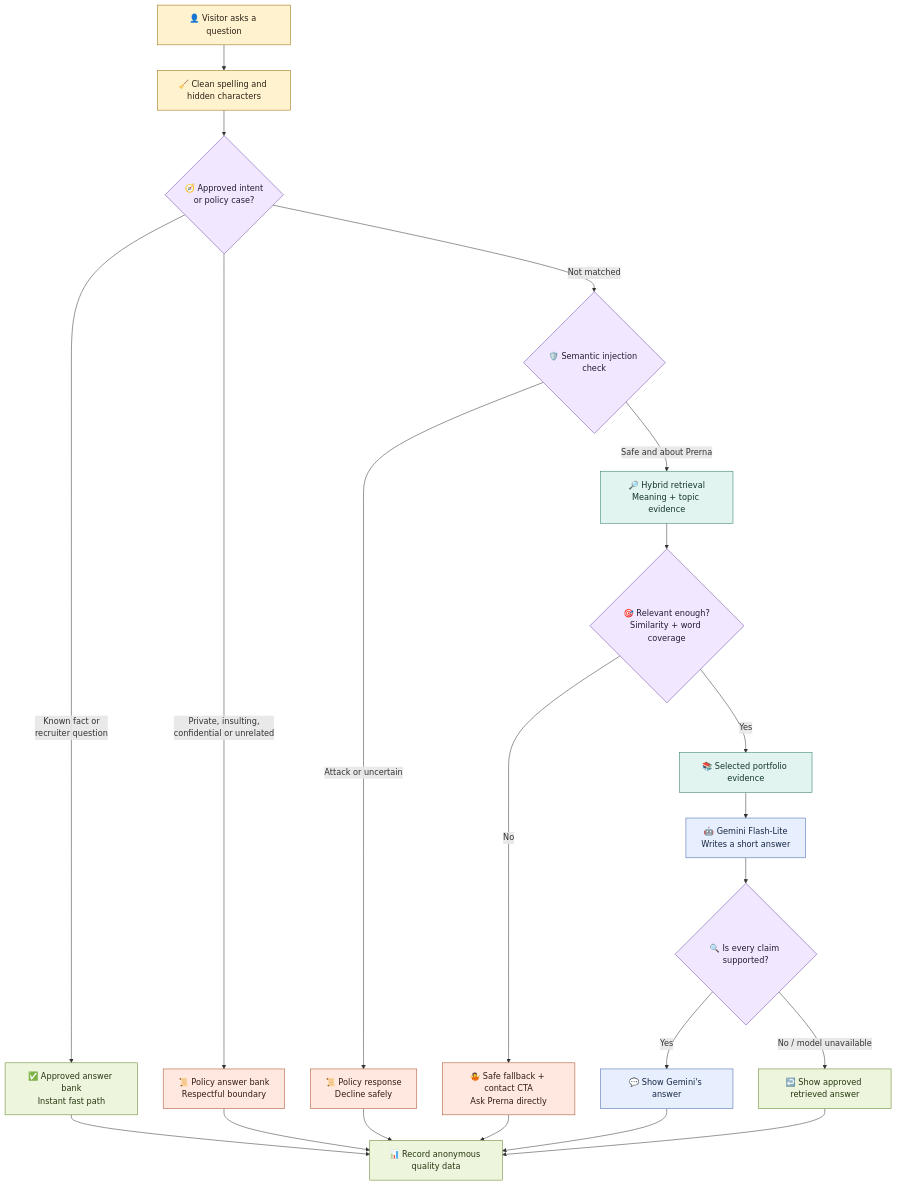
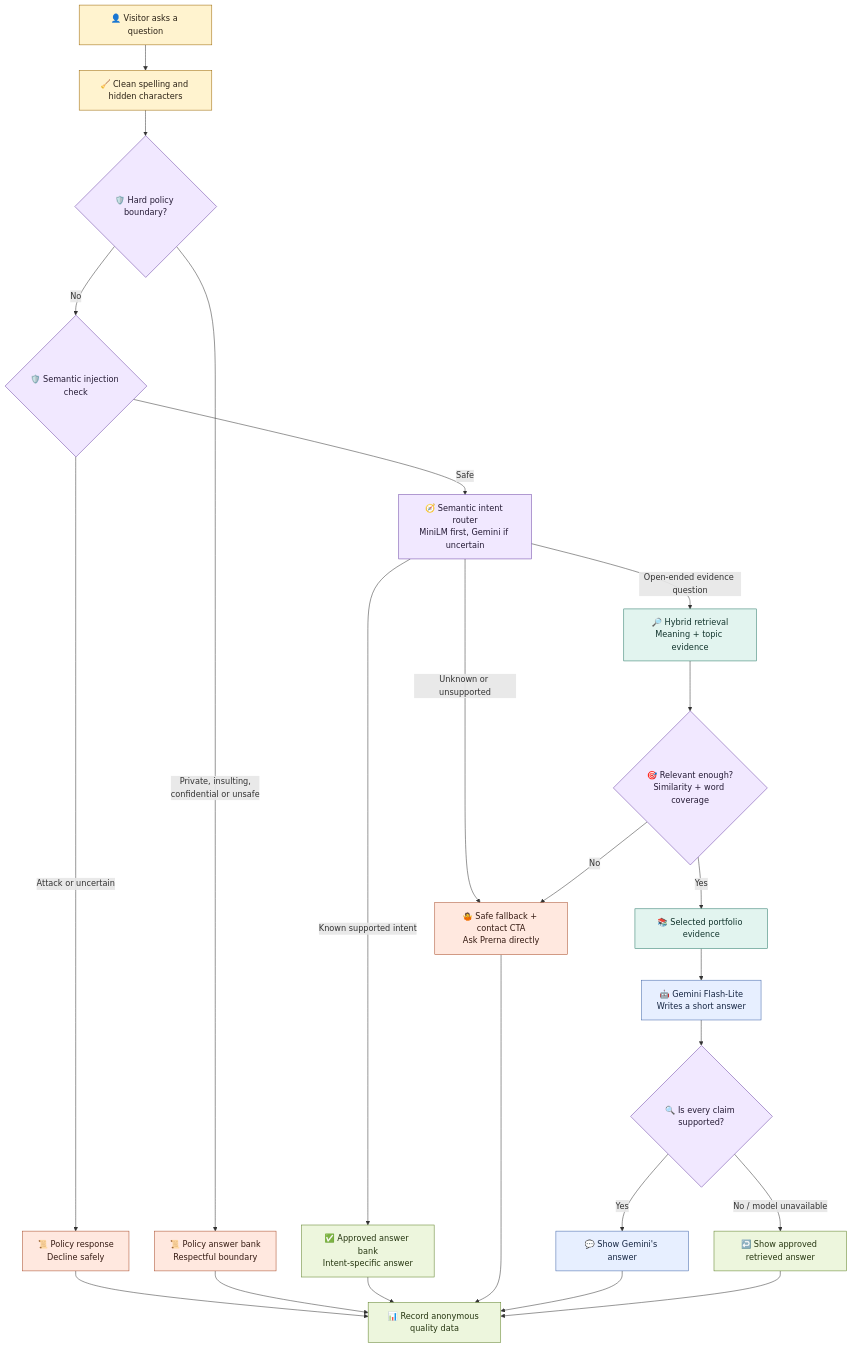
The first of 2 diagrams in README.md (robona-pk/portfolio), drawn with Mermaid before and after one commit. The commit also changed other lines of this file and 5 other files, not shown here.

Commit message:
Add semantic intent routing for portfolio questions

````diff
--- a/README.md
+++ b/README.md
@@ -53,41 +53,43 @@
 ```mermaid
 flowchart TD
     A["👤 Visitor asks a question"] --> B["🧹 Clean spelling and hidden characters"]
-    B --> C{"🧭 Approved intent<br/>or policy case?"}
+    B --> C{"🛡️ Hard policy boundary?"}
 
-    C -- "Known fact or<br/>recruiter question" --> G["✅ Approved answer bank<br/>Instant fast path"]
-    C -- "Private, insulting,<br/>confidential or unrelated" --> F["📜 Policy answer bank<br/>Respectful boundary"]
-    C -- "Not matched" --> E{"🛡️ Semantic injection check"}
+    C -- "Private, insulting,<br/>confidential or unsafe" --> F["📜 Policy answer bank<br/>Respectful boundary"]
+    C -- "No" --> E{"🛡️ Semantic injection check"}
 
     E -- "Attack or uncertain" --> D["📜 Policy response<br/>Decline safely"]
-    E -- "Safe and about Prerna" --> H["🔎 Hybrid retrieval<br/>Meaning + topic evidence"]
+    E -- "Safe" --> R["🧭 Semantic intent router<br/>MiniLM first, Gemini if uncertain"]
+    R -- "Known supported intent" --> G["✅ Approved answer bank<br/>Intent-specific answer"]
+    R -- "Open-ended evidence question" --> H["🔎 Hybrid retrieval<br/>Meaning + topic evidence"]
+    R -- "Unknown or unsupported" --> I["🤷 Safe fallback + contact CTA<br/>Ask Prerna directly"]
     H --> P{"🎯 Relevant enough?<br/>Similarity + word coverage"}
     P -- "No" --> I["🤷 Safe fallback + contact CTA<br/>Ask Prerna directly"]
     P -- "Yes" --> J["📚 Selected portfolio evidence"]
 
     J --> K["🤖 Gemini Flash-Lite<br/>Writes a short answer"]
     K --> L{"🔍 Is every claim supported?"}
     L -- "Yes" --> M["💬 Show Gemini's answer"]
     L -- "No / model unavailable" --> N["↩️ Show approved retrieved answer"]
 
     D --> O["📊 Record anonymous quality data"]
     F --> O
     G --> O
     I --> O
     M --> O
     N --> O
 
     classDef visitor fill:#fff3cf,stroke:#9a6500,color:#2a2115;
     classDef decision fill:#f1e8ff,stroke:#6941a5,color:#251b35;
     classDef policy fill:#ffe8df,stroke:#a84a28,color:#351b13;
     classDef retrieval fill:#e2f4ef,stroke:#277766,color:#12342d;
     classDef ai fill:#e7efff,stroke:#3f64a8,color:#172743;
     classDef output fill:#edf6dd,stroke:#5d7f25,color:#263611;
 
     class A,B visitor;
-    class C,E,P,L decision;
+    class C,E,R,P,L decision;
     class D,F,I policy;
     class H,J retrieval;
     class K,M ai;
     class G,N,O output;
 ```
````
